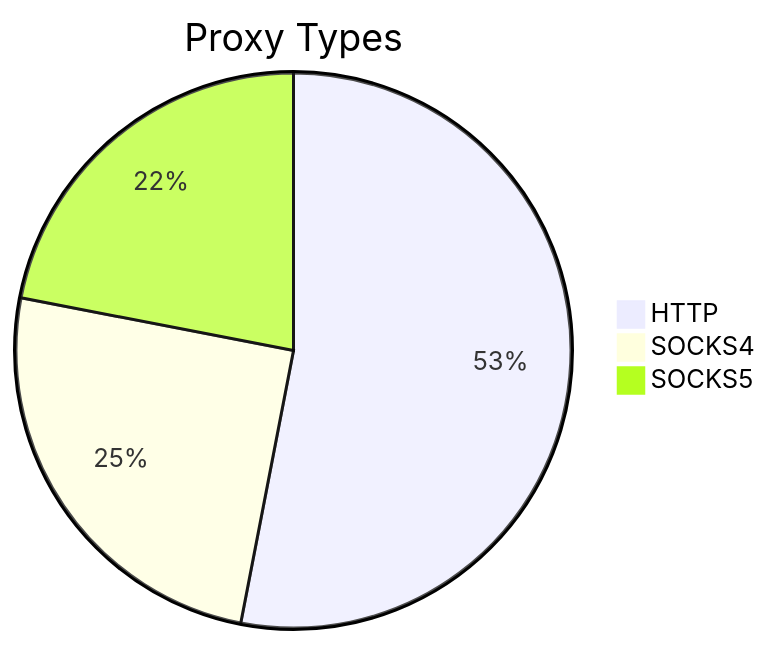
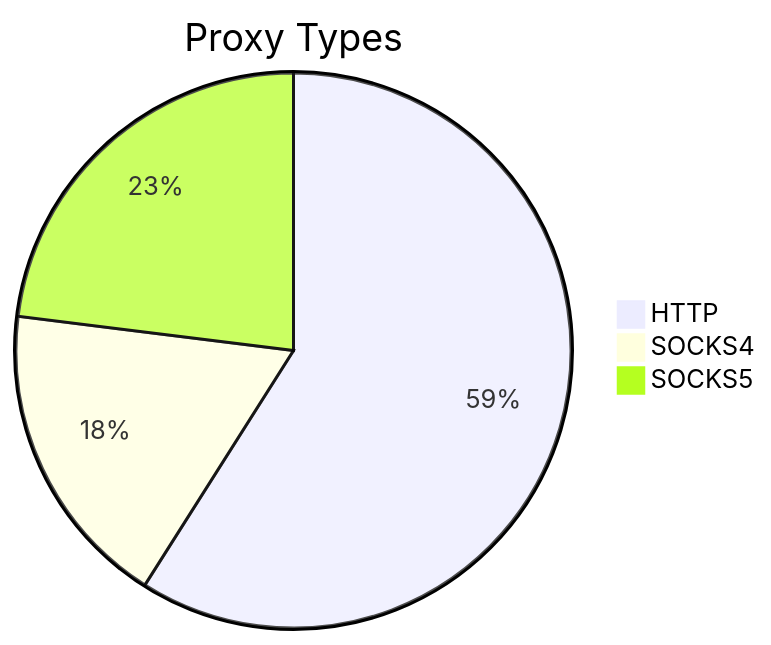
One commit to stormsia/proxy-list changed the first of 2 diagrams in README.md. Above: the diagram before and after it, drawn with Mermaid. The commit also changed other lines of this file, not shown here.

````diff
--- a/README.md
+++ b/README.md
@@ -21,6 +21,6 @@
 ```mermaid
 pie title Proxy Types
-    "HTTP" : 244
-    "SOCKS4" : 115
-    "SOCKS5" : 101
+    "HTTP" : 210
+    "SOCKS4" : 64
+    "SOCKS5" : 82
 ```
````
